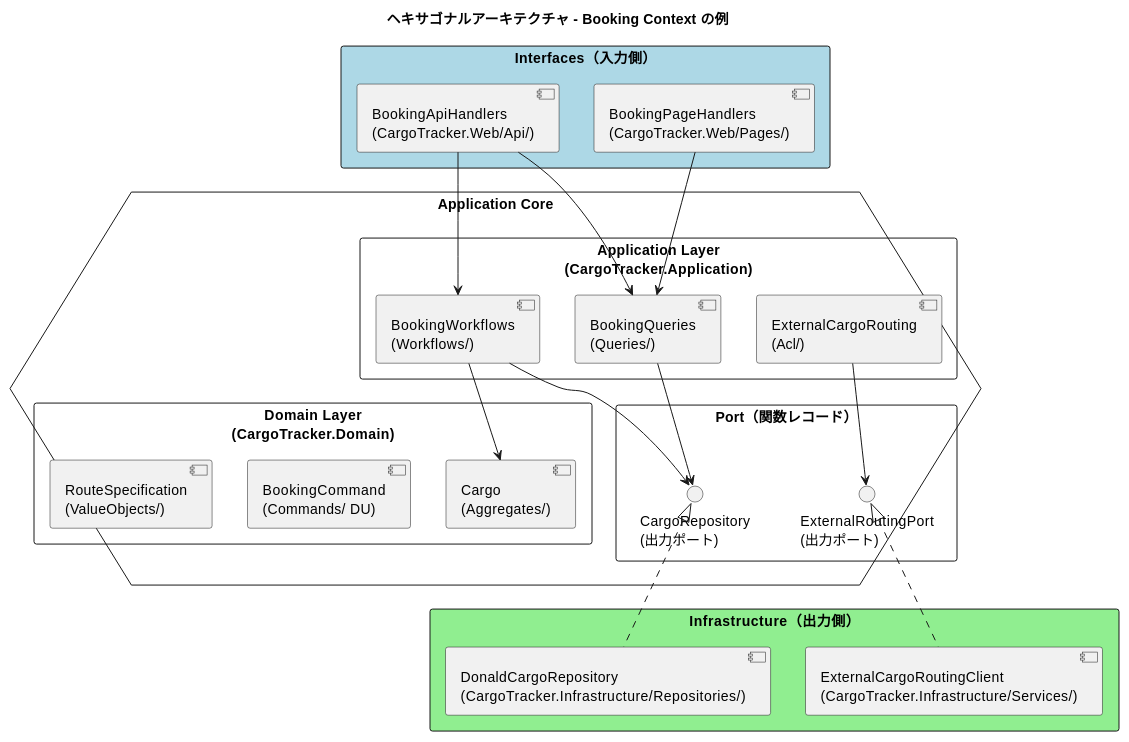
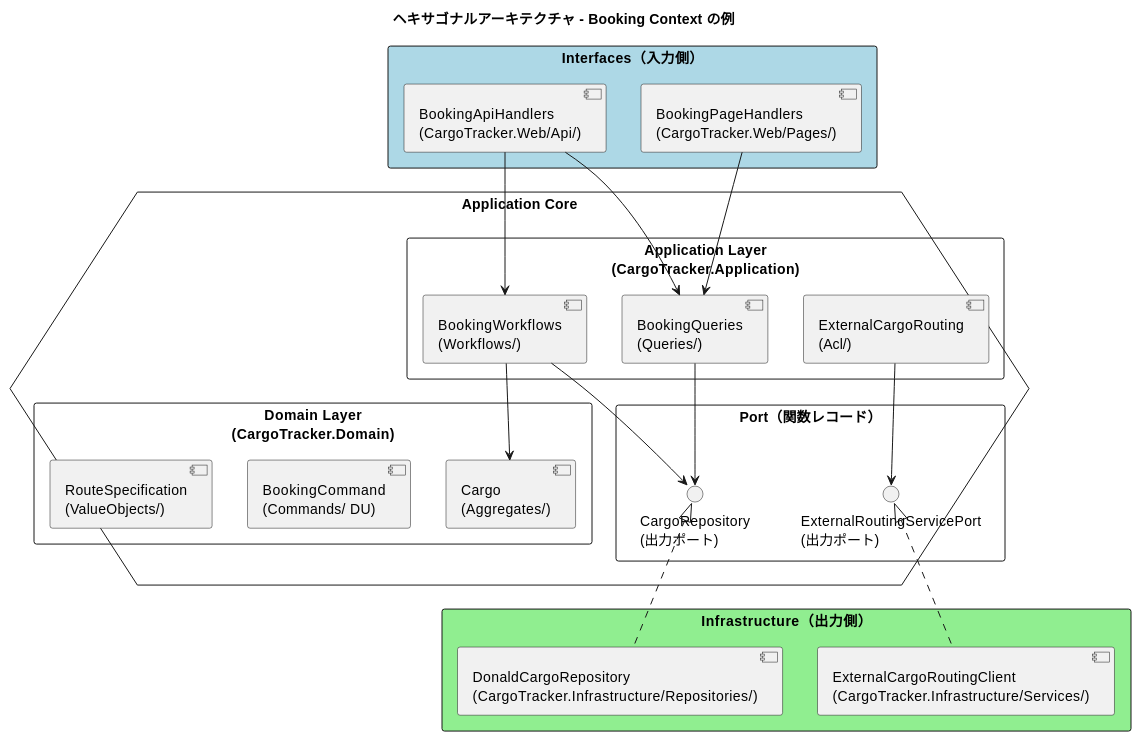
Before and after one commit to k2works/case-study-cargo-tracker: the third of 7 diagrams in docs/design/architecture_backend.md, drawn with PlantUML. The commit also changed other lines of this file and 1 other file, not shown here.

First line of the commit message:
docs(design): ACL ポート名を ExternalRoutingServicePort に統一

````diff
--- a/docs/design/architecture_backend.md
+++ b/docs/design/architecture_backend.md
@@ -308,45 +308,45 @@
 ```plantuml
 @startuml
 title ヘキサゴナルアーキテクチャ - Booking Context の例
 
 rectangle "Interfaces（入力側）" as iface #LightBlue {
   [BookingApiHandlers\n(CargoTracker.Web/Api/)]
   [BookingPageHandlers\n(CargoTracker.Web/Pages/)]
 }
 
 hexagon "Application Core" as core {
   rectangle "Application Layer\n(CargoTracker.Application)" {
     [BookingWorkflows\n(Workflows/)]
     [BookingQueries\n(Queries/)]
     [ExternalCargoRouting\n(Acl/)]
   }
   rectangle "Domain Layer\n(CargoTracker.Domain)" {
     [Cargo\n(Aggregates/)]
     [BookingCommand\n(Commands/ DU)]
     [RouteSpecification\n(ValueObjects/)]
   }
   rectangle "Port（関数レコード）" {
     interface "CargoRepository\n(出力ポート)" as repo_port
-    interface "ExternalRoutingPort\n(出力ポート)" as routing_port
+    interface "ExternalRoutingServicePort\n(出力ポート)" as routing_port
   }
 }
 
 rectangle "Infrastructure（出力側）" as infra #LightGreen {
   [DonaldCargoRepository\n(CargoTracker.Infrastructure/Repositories/)]
   [ExternalCargoRoutingClient\n(CargoTracker.Infrastructure/Services/)]
 }
 
 [BookingApiHandlers\n(CargoTracker.Web/Api/)] --> [BookingWorkflows\n(Workflows/)]
 [BookingApiHandlers\n(CargoTracker.Web/Api/)] --> [BookingQueries\n(Queries/)]
 [BookingPageHandlers\n(CargoTracker.Web/Pages/)] --> [BookingQueries\n(Queries/)]
 
 [BookingWorkflows\n(Workflows/)] --> [Cargo\n(Aggregates/)]
 [BookingWorkflows\n(Workflows/)] --> repo_port
 [ExternalCargoRouting\n(Acl/)] --> routing_port
 [BookingQueries\n(Queries/)] --> repo_port
 
 repo_port <|.. [DonaldCargoRepository\n(CargoTracker.Infrastructure/Repositories/)]
 routing_port <|.. [ExternalCargoRoutingClient\n(CargoTracker.Infrastructure/Services/)]
 
 @enduml
 ```
````
